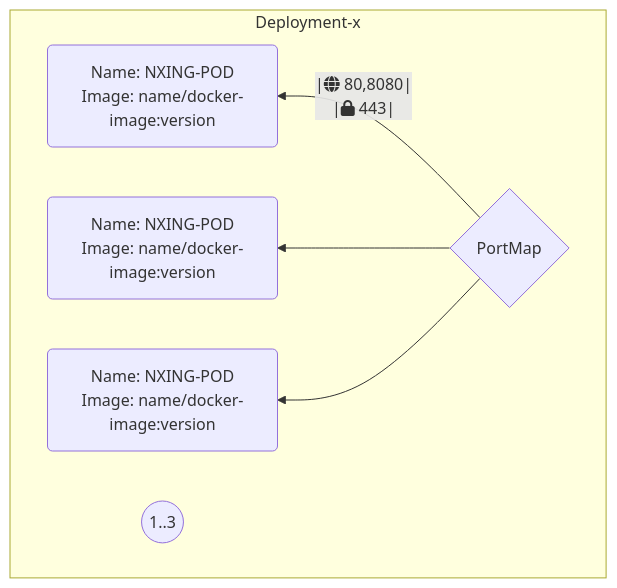
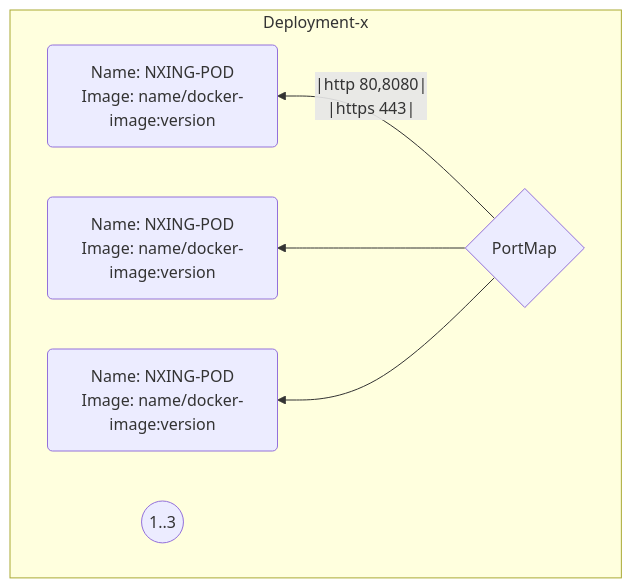
Before and after one commit to TimRoos98/rendering: the diagram in README.md, drawn with Mermaid.

````diff
--- a/README.md
+++ b/README.md
@@ -1,15 +1,15 @@
 ```mermaid
 flowchart TD
     subgraph Deployment-x
         direction RL
         G{PortMap}
         scalar((1..3))
-        G--|fa:fa-globe 80,8080|
-        |fa:fa-lock 443|-->Container-1("`Name: NXING-POD
+        G--|http 80,8080|
+        |https 443|-->Container-1("`Name: NXING-POD
                         Image: name/docker-image:version`")
         G-->Container-2("`Name: NXING-POD
                         Image: name/docker-image:version`")
         G-->Container-3("`Name: NXING-POD
                         Image: name/docker-image:version`")
     end
 ```
````
